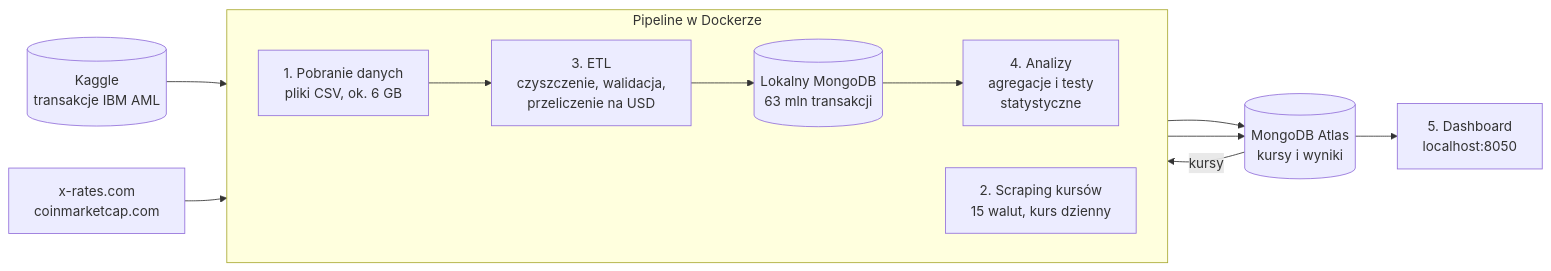
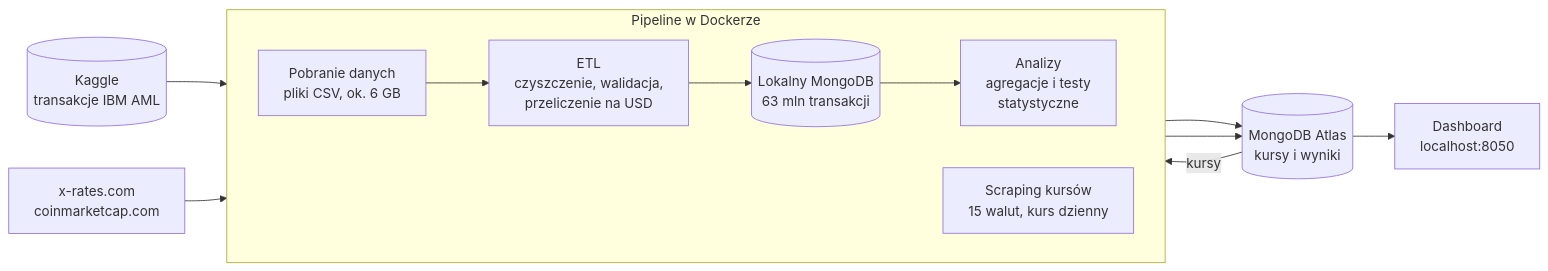
One commit to Przemek1337/big-data-etl changed the diagram in README.md. Above: the diagram before and after it, drawn with Mermaid.

Commit message:
docs: fix README diagram labels parsed as markdown lists

````diff
--- a/README.md
+++ b/README.md
@@ -23,23 +23,23 @@
 ```mermaid
 flowchart LR
     kaggle[("Kaggle<br/>transakcje IBM AML")]
     web["x-rates.com<br/>coinmarketcap.com"]
 
     subgraph pipeline["Pipeline w Dockerze"]
         direction LR
-        extract["1. Pobranie danych<br/>pliki CSV, ok. 6 GB"]
-        scrape["2. Scraping kursów<br/>15 walut, kurs dzienny"]
-        etl["3. ETL<br/>czyszczenie, walidacja,<br/>przeliczenie na USD"]
-        analytics["4. Analizy<br/>agregacje i testy<br/>statystyczne"]
+        extract["Pobranie danych<br/>pliki CSV, ok. 6 GB"]
+        scrape["Scraping kursów<br/>15 walut, kurs dzienny"]
+        etl["ETL<br/>czyszczenie, walidacja,<br/>przeliczenie na USD"]
+        analytics["Analizy<br/>agregacje i testy<br/>statystyczne"]
         local[("Lokalny MongoDB<br/>63 mln transakcji")]
     end
 
     atlas[("MongoDB Atlas<br/>kursy i wyniki")]
-    dashboard["5. Dashboard<br/>localhost:8050"]
+    dashboard["Dashboard<br/>localhost:8050"]
 
     kaggle --> extract --> etl
     web --> scrape --> atlas
     atlas -- "kursy" --> etl
     etl --> local --> analytics --> atlas
     atlas --> dashboard
 ```
````
